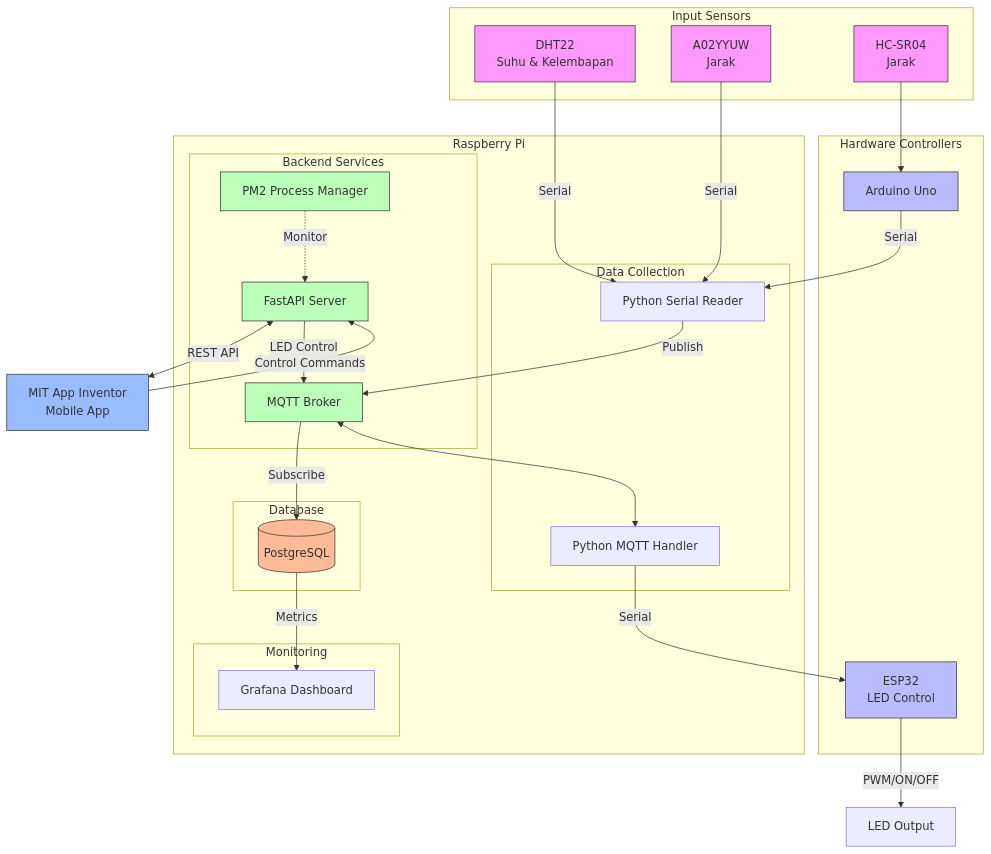
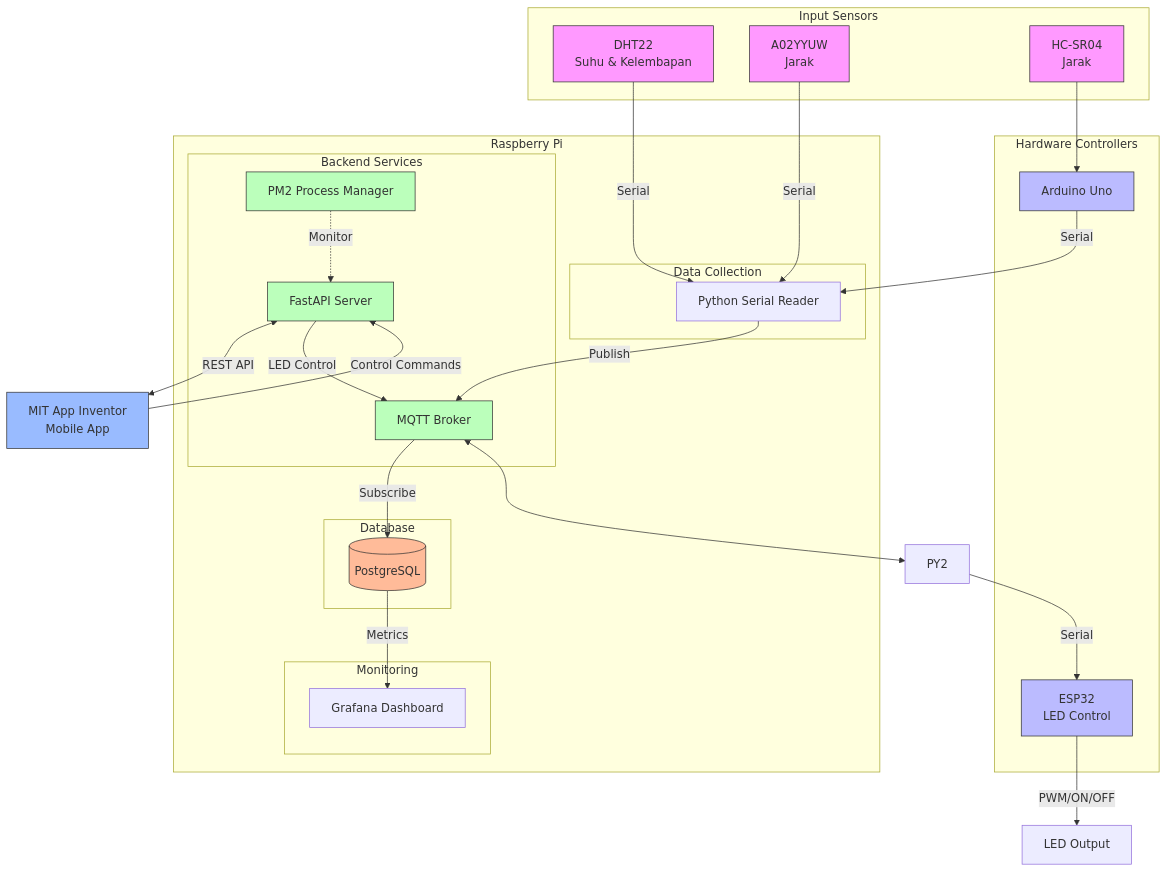
The diagram in README.md (marchennn/backend-collab2), drawn with Mermaid before and after one commit. The commit also changed other lines of this file and 3614 other files, not shown here.

````diff
--- a/README.md
+++ b/README.md
@@ -26,67 +27,67 @@
 ```mermaid
 flowchart TD
     %% Sensors Section
     subgraph Sensors[Input Sensors]
         DHT22[DHT22\nSuhu & Kelembapan]
         A02Y[A02YYUW\nJarak]
         HCSR[HC-SR04\nJarak]
     end
     %% Hardware Controllers
     subgraph Controllers[Hardware Controllers]
         ARD[Arduino Uno]
         ESP[ESP32\nLED Control]
     end
     %% Raspberry Pi System
     subgraph RaspberryPi[Raspberry Pi]
         subgraph DataCollection[Data Collection]
             PY1[Python Serial Reader]
-            PY2[Python MQTT Handler]
+
         end
         subgraph Backend[Backend Services]
             MQTT[MQTT Broker]
             FAST[FastAPI Server]
             PM2[PM2 Process Manager]
         end
         subgraph Storage[Database]
             DB[(PostgreSQL)]
         end
         subgraph Monitoring[Monitoring]
             GRAF[Grafana Dashboard]
         end
     end
     %% Mobile App
     APP[MIT App Inventor\nMobile App]
     %% Connections
     DHT22 -->|Serial| PY1
     A02Y -->|Serial| PY1
     HCSR --> ARD
     ARD -->|Serial| PY1
     
     PY1 -->|Publish| MQTT
     MQTT -->|Subscribe| DB
     DB -->|Metrics| GRAF
     
     FAST <-->|REST API| APP
     
     APP -->|Control Commands| FAST
     FAST -->|LED Control| MQTT
     MQTT <--> PY2
     PY2 -->|Serial| ESP
     ESP -->|PWM/ON/OFF| LED[LED Output]
 
     %% PM2 Monitoring
     PM2 -.->|Monitor| FAST
 
     %% Styles
     classDef sensors fill:#f9f,stroke:#333
     classDef controllers fill:#bbf,stroke:#333
     classDef backend fill:#bfb,stroke:#333
     classDef storage fill:#fb9,stroke:#333
     classDef frontend fill:#9bf,stroke:#333
     
     class DHT22,A02Y,HCSR sensors
     class ARD,ESP controllers
     class MQTT,FAST,PM2 backend
     class DB storage
     class APP frontend
 ```
````
